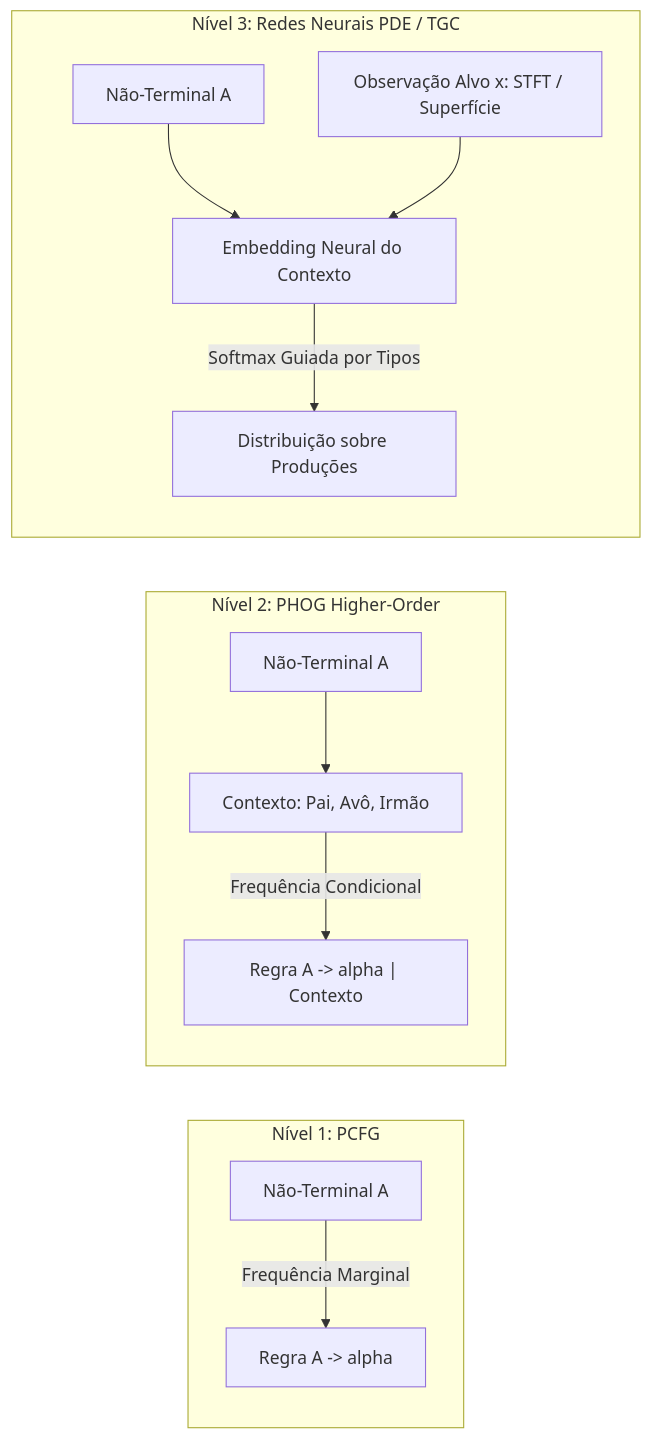
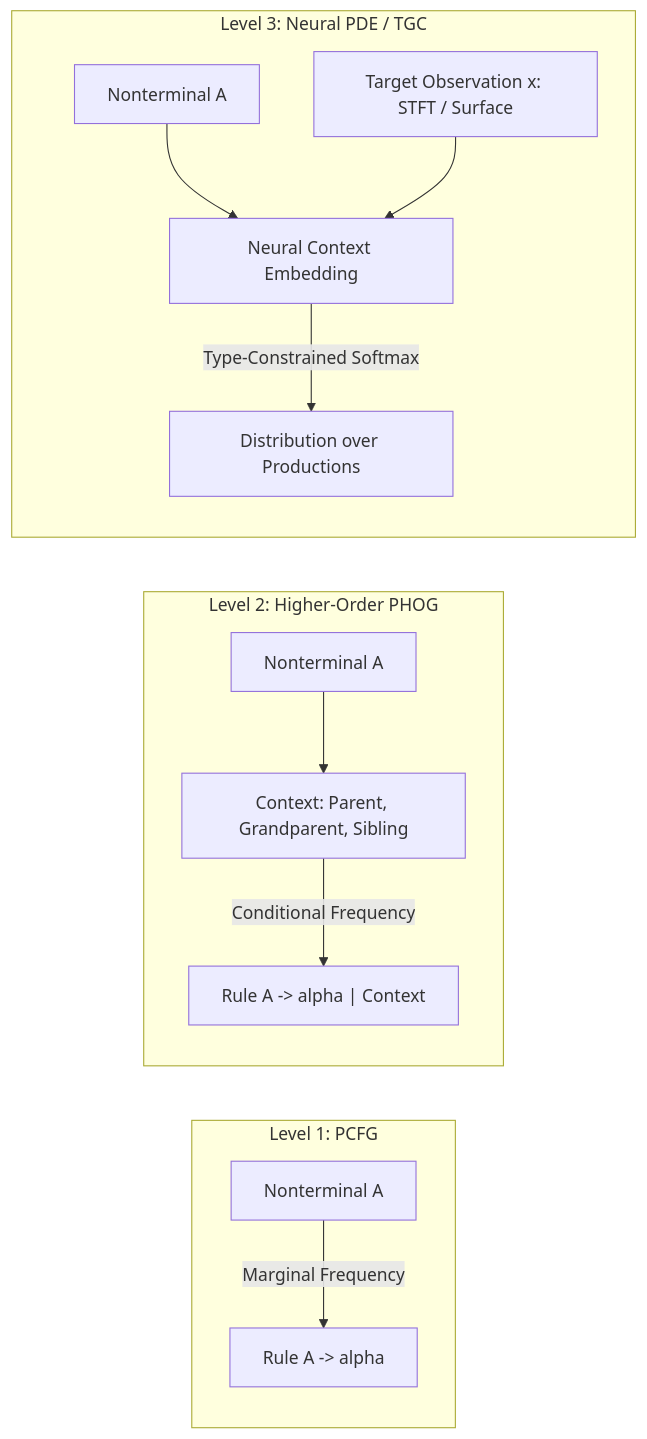
The third of 4 diagrams in docs/architecture/grammar_learning_pcfg_phog_and_ast_extraction.md (racoci/symforge), drawn with Mermaid before and after one commit. The commit also changed other lines of this file and 12 other files, not shown here.

Commit message:
docs: translate README and complete architecture documentation to English

````diff
--- a/docs/architecture/grammar_learning_pcfg_phog_and_ast_extraction.md
+++ b/docs/architecture/grammar_learning_pcfg_phog_and_ast_extraction.md
@@ -212,17 +210,17 @@
 ```mermaid
 graph LR
-    subgraph L1 [Nível 1: PCFG]
-        A1[Não-Terminal A] -->|Frequência Marginal| R1["Regra A -> alpha"]
+    subgraph L1 [Level 1: PCFG]
+        A1[Nonterminal A] -->|Marginal Frequency| R1["Rule A -> alpha"]
     end
 
-    subgraph L2 [Nível 2: PHOG Higher-Order]
-        A2[Não-Terminal A] --> C2[Contexto: Pai, Avô, Irmão]
-        C2 -->|Frequência Condicional| R2["Regra A -> alpha | Contexto"]
+    subgraph L2 [Level 2: Higher-Order PHOG]
+        A2[Nonterminal A] --> C2[Context: Parent, Grandparent, Sibling]
+        C2 -->|Conditional Frequency| R2["Rule A -> alpha | Context"]
     end
 
-    subgraph L3 [Nível 3: Redes Neurais PDE / TGC]
-        A3[Não-Terminal A] --> E3[Embedding Neural do Contexto]
-        X3[Observação Alvo x: STFT / Superfície] --> E3
-        E3 -->|Softmax Guiada por Tipos| R3[Distribuição sobre Produções]
+    subgraph L3 [Level 3: Neural PDE / TGC]
+        A3[Nonterminal A] --> E3[Neural Context Embedding]
+        X3[Target Observation x: STFT / Surface] --> E3
+        E3 -->|Type-Constrained Softmax| R3[Distribution over Productions]
     end
 ```
````
